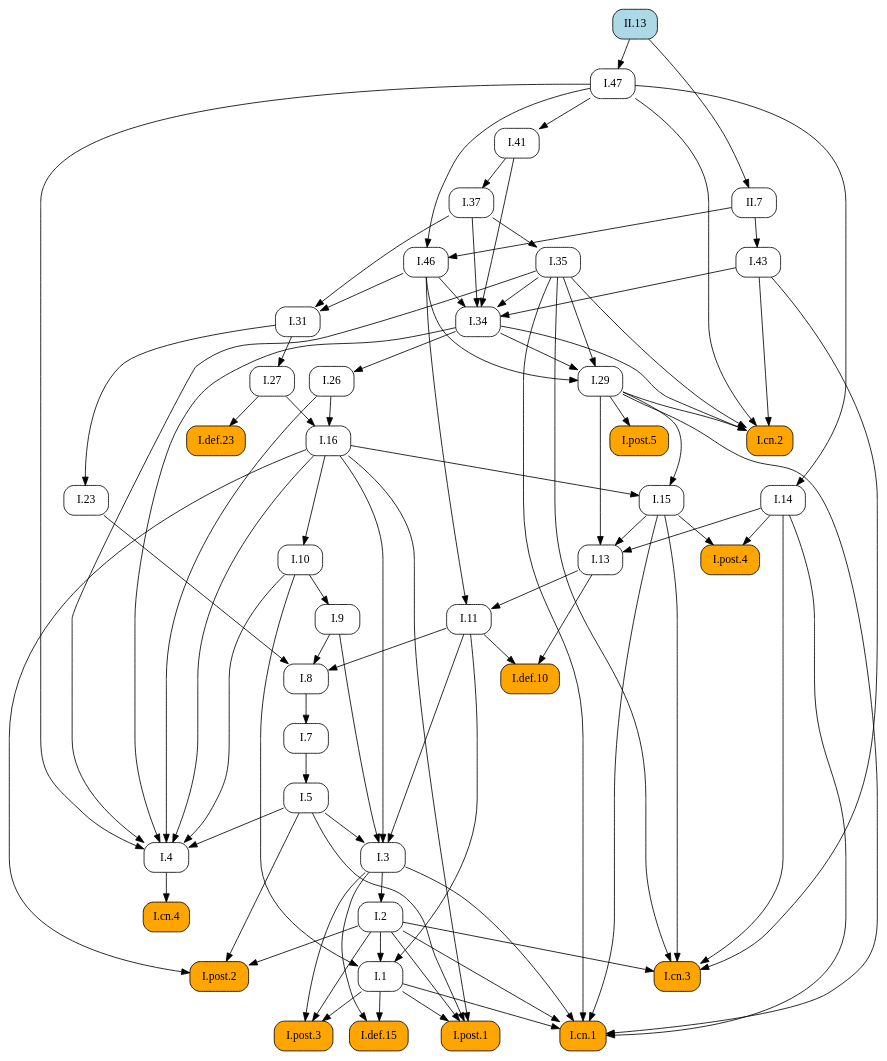
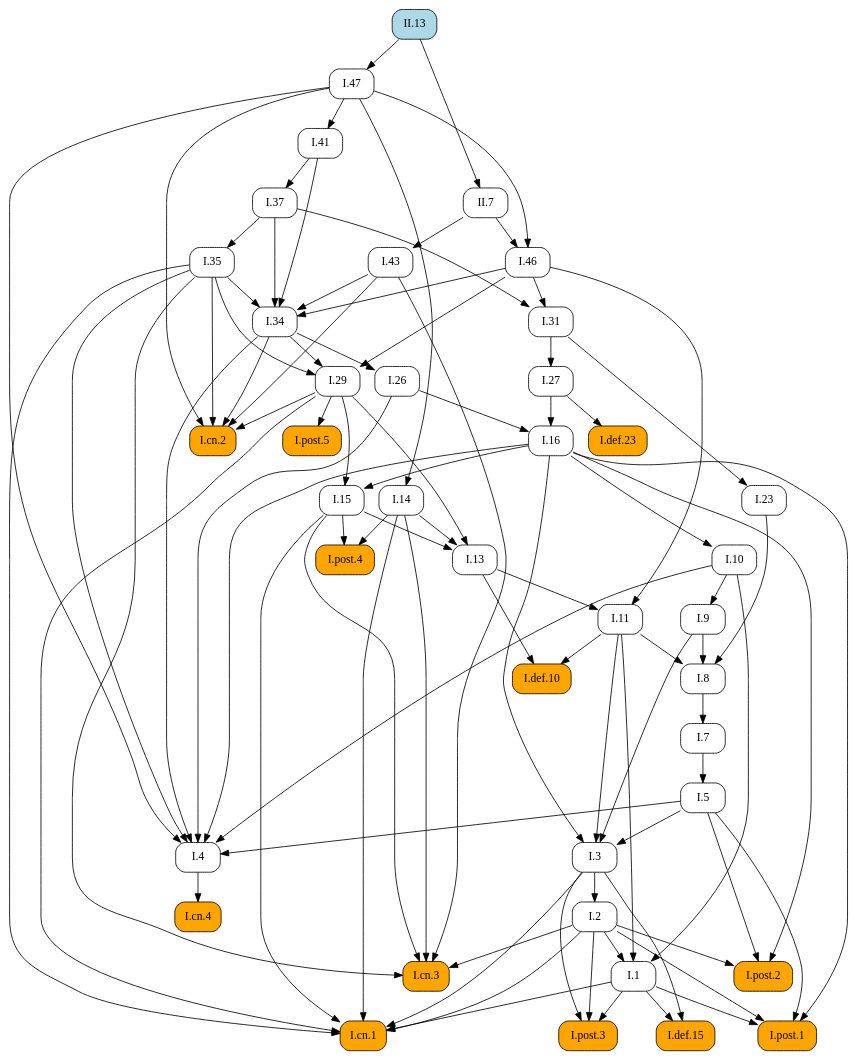
Before and after one commit to geometor/elements: the diagram in docsrc/elements2/II/13/index.rst, drawn with Graphviz. The commit also changed other lines of this file and 171 other files, not shown here.

```diff
--- a/docsrc/elements2/II/13/index.rst
+++ b/docsrc/elements2/II/13/index.rst
@@ -46,81 +46,116 @@
    digraph {
      rankdir="TB";
      node [shape=box, style=rounded];
-     "I.37" [URL="/elements2/I/37/", target="_top"];
-     "I.def.10" [style="rounded,filled", fillcolor=orange, URL="/elements2/I/def.10/", target="_top"];
+     "I.8" [URL="/elements2/I/8/", target="_top"];
      "I.46" [URL="/elements2/I/46/", target="_top"];
      "I.47" [URL="/elements2/I/47/", target="_top"];
-     "I.34" [URL="/elements2/I/34/", target="_top"];
+     "I.14" [URL="/elements2/I/14/", target="_top"];
+     "I.post.1" [style="rounded,filled", fillcolor=orange, URL="/elements2/I/post.1/", target="_top"];
+     "I.5" [URL="/elements2/I/5/", target="_top"];
+     "I.post.5" [style="rounded,filled", fillcolor=orange, URL="/elements2/I/post.5/", target="_top"];
+     "I.def.10" [style="rounded,filled", fillcolor=orange, URL="/elements2/I/def.10/", target="_top"];
+     "I.cn.2" [style="rounded,filled", fillcolor=orange, URL="/elements2/I/cn.2/", target="_top"];
+     "I.def.15" [style="rounded,filled", fillcolor=orange, URL="/elements2/I/def.15/", target="_top"];
+     "I.31" [URL="/elements2/I/31/", target="_top"];
+     "I.11" [URL="/elements2/I/11/", target="_top"];
+     "I.43" [URL="/elements2/I/43/", target="_top"];
+     "I.3" [URL="/elements2/I/3/", target="_top"];
+     "I.def.23" [style="rounded,filled", fillcolor=orange, URL="/elements2/I/def.23/", target="_top"];
+     "I.post.2" [style="rounded,filled", fillcolor=orange, URL="/elements2/I/post.2/", target="_top"];
+     "I.26" [URL="/elements2/I/26/", target="_top"];
+     "I.cn.3" [style="rounded,filled", fillcolor=orange, URL="/elements2/I/cn.3/", target="_top"];
      "I.cn.4" [style="rounded,filled", fillcolor=orange, URL="/elements2/I/cn.4/", target="_top"];
-     "I.def.15" [style="rounded,filled", fillcolor=orange, URL="/elements2/I/def.15/", target="_top"];
-     "I.post.3" [style="rounded,filled", fillcolor=orange, URL="/elements2/I/post.3/", target="_top"];
-     "I.41" [URL="/elements2/I/41/", target="_top"];
-     "I.27" [URL="/elements2/I/27/", target="_top"];
-     "I.post.2" [style="rounded,filled", fillcolor=orange, URL="/elements2/I/post.2/", target="_top"];
-     "I.13" [URL="/elements2/I/13/", target="_top"];
-     "I.10" [URL="/elements2/I/10/", target="_top"];
-     "I.post.1" [style="rounded,filled", fillcolor=orange, URL="/elements2/I/post.1/", target="_top"];
+     "I.1" [URL="/elements2/I/1/", target="_top"];
      "II.7" [URL="/elements2/II/7/", target="_top"];
      "I.7" [URL="/elements2/I/7/", target="_top"];
-     "I.14" [URL="/elements2/I/14/", target="_top"];
-     "I.11" [URL="/elements2/I/11/", target="_top"];
+     "I.9" [URL="/elements2/I/9/", target="_top"];
+     "II.13" [style="rounded,filled", fillcolor=lightblue, URL="/elements2/II/13/", target="_top"];
+     "I.cn.1" [style="rounded,filled", fillcolor=orange, URL="/elements2/I/cn.1/", target="_top"];
+     "I.29" [URL="/elements2/I/29/", target="_top"];
+     "I.post.4" [style="rounded,filled", fillcolor=orange, URL="/elements2/I/post.4/", target="_top"];
+     "I.16" [URL="/elements2/I/16/", target="_top"];
+     "I.13" [URL="/elements2/I/13/", target="_top"];
+     "I.41" [URL="/elements2/I/41/", target="_top"];
+     "I.35" [URL="/elements2/I/35/", target="_top"];
+     "I.2" [URL="/elements2/I/2/", target="_top"];
+     "I.37" [URL="/elements2/I/37/", target="_top"];
+     "I.27" [URL="/elements2/I/27/", target="_top"];
      "I.4" [URL="/elements2/I/4/", target="_top"];
-     "II.13" [style="rounded,filled", fillcolor=lightblue, URL="/elements2/II/13/", target="_top"];
-     "I.16" [URL="/elements2/I/16/", target="_top"];
-     "I.def.23" [style="rounded,filled", fillcolor=orange, URL="/elements2/I/def.23/", target="_top"];
-     "I.9" [URL="/elements2/I/9/", target="_top"];
-     "I.8" [URL="/elements2/I/8/", target="_top"];
-     "I.cn.2" [style="rounded,filled", fillcolor=orange, URL="/elements2/I/cn.2/", target="_top"];
+     "I.10" [URL="/elements2/I/10/", target="_top"];
      "I.15" [URL="/elements2/I/15/", target="_top"];
-     "I.26" [URL="/elements2/I/26/", target="_top"];
-     "I.post.5" [style="rounded,filled", fillcolor=orange, URL="/elements2/I/post.5/", target="_top"];
+     "I.34" [URL="/elements2/I/34/", target="_top"];
      "I.23" [URL="/elements2/I/23/", target="_top"];
-     "I.2" [URL="/elements2/I/2/", target="_top"];
-     "I.1" [URL="/elements2/I/1/", target="_top"];
-     "I.35" [URL="/elements2/I/35/", target="_top"];
-     "I.43" [URL="/elements2/I/43/", target="_top"];
-     "I.31" [URL="/elements2/I/31/", target="_top"];
-     "I.post.4" [style="rounded,filled", fillcolor=orange, URL="/elements2/I/post.4/", target="_top"];
-     "I.cn.1" [style="rounded,filled", fillcolor=orange, URL="/elements2/I/cn.1/", target="_top"];
-     "I.3" [URL="/elements2/I/3/", target="_top"];
-     "I.cn.3" [style="rounded,filled", fillcolor=orange, URL="/elements2/I/cn.3/", target="_top"];
-     "I.29" [URL="/elements2/I/29/", target="_top"];
-     "I.5" [URL="/elements2/I/5/", target="_top"];
-     "I.41" -> "I.37";
-     "I.11" -> "I.def.10";
-     "I.13" -> "I.def.10";
+     "I.post.3" [style="rounded,filled", fillcolor=orange, URL="/elements2/I/post.3/", target="_top"];
+     "I.9" -> "I.8";
+     "I.11" -> "I.8";
+     "I.23" -> "I.8";
      "I.47" -> "I.46";
      "II.7" -> "I.46";
      "II.13" -> "I.47";
-     "I.35" -> "I.34";
-     "I.37" -> "I.34";
-     "I.41" -> "I.34";
-     "I.43" -> "I.34";
-     "I.46" -> "I.34";
-     "I.4" -> "I.cn.4";
-     "I.1" -> "I.def.15";
-     "I.3" -> "I.def.15";
-     "I.1" -> "I.post.3";
-     "I.2" -> "I.post.3";
-     "I.3" -> "I.post.3";
-     "I.47" -> "I.41";
-     "I.31" -> "I.27";
-     "I.2" -> "I.post.2";
-     "I.5" -> "I.post.2";
-     "I.16" -> "I.post.2";
-     "I.14" -> "I.13";
-     "I.15" -> "I.13";
-     "I.29" -> "I.13";
-     "I.16" -> "I.10";
+     "I.47" -> "I.14";
      "I.1" -> "I.post.1";
      "I.2" -> "I.post.1";
      "I.5" -> "I.post.1";
      "I.16" -> "I.post.1";
+     "I.7" -> "I.5";
+     "I.29" -> "I.post.5";
+     "I.11" -> "I.def.10";
+     "I.13" -> "I.def.10";
+     "I.29" -> "I.cn.2";
+     "I.34" -> "I.cn.2";
+     "I.35" -> "I.cn.2";
+     "I.43" -> "I.cn.2";
+     "I.47" -> "I.cn.2";
+     "I.1" -> "I.def.15";
+     "I.3" -> "I.def.15";
+     "I.37" -> "I.31";
+     "I.46" -> "I.31";
+     "I.13" -> "I.11";
+     "I.46" -> "I.11";
+     "II.7" -> "I.43";
+     "I.5" -> "I.3";
+     "I.9" -> "I.3";
+     "I.11" -> "I.3";
+     "I.16" -> "I.3";
+     "I.27" -> "I.def.23";
+     "I.2" -> "I.post.2";
+     "I.5" -> "I.post.2";
+     "I.16" -> "I.post.2";
+     "I.34" -> "I.26";
+     "I.2" -> "I.cn.3";
+     "I.14" -> "I.cn.3";
+     "I.15" -> "I.cn.3";
+     "I.35" -> "I.cn.3";
+     "I.43" -> "I.cn.3";
+     "I.4" -> "I.cn.4";
+     "I.2" -> "I.1";
+     "I.10" -> "I.1";
+     "I.11" -> "I.1";
      "II.13" -> "II.7";
      "I.8" -> "I.7";
-     "I.47" -> "I.14";
-     "I.13" -> "I.11";
-     "I.46" -> "I.11";
+     "I.10" -> "I.9";
+     "I.1" -> "I.cn.1";
+     "I.2" -> "I.cn.1";
+     "I.3" -> "I.cn.1";
+     "I.14" -> "I.cn.1";
+     "I.15" -> "I.cn.1";
+     "I.29" -> "I.cn.1";
+     "I.35" -> "I.cn.1";
+     "I.34" -> "I.29";
+     "I.35" -> "I.29";
+     "I.46" -> "I.29";
+     "I.14" -> "I.post.4";
+     "I.15" -> "I.post.4";
+     "I.26" -> "I.16";
+     "I.27" -> "I.16";
+     "I.14" -> "I.13";
+     "I.15" -> "I.13";
+     "I.29" -> "I.13";
+     "I.47" -> "I.41";
+     "I.37" -> "I.35";
+     "I.3" -> "I.2";
+     "I.41" -> "I.37";
+     "I.31" -> "I.27";
      "I.5" -> "I.4";
      "I.10" -> "I.4";
      "I.16" -> "I.4";
@@ -128,51 +163,16 @@
      "I.34" -> "I.4";
      "I.35" -> "I.4";
      "I.47" -> "I.4";
-     "I.26" -> "I.16";
-     "I.27" -> "I.16";
-     "I.27" -> "I.def.23";
-     "I.10" -> "I.9";
-     "I.9" -> "I.8";
-     "I.11" -> "I.8";
-     "I.23" -> "I.8";
-     "I.29" -> "I.cn.2";
-     "I.34" -> "I.cn.2";
-     "I.35" -> "I.cn.2";
-     "I.43" -> "I.cn.2";
-     "I.47" -> "I.cn.2";
+     "I.16" -> "I.10";
      "I.16" -> "I.15";
      "I.29" -> "I.15";
-     "I.34" -> "I.26";
-     "I.29" -> "I.post.5";
+     "I.35" -> "I.34";
+     "I.37" -> "I.34";
+     "I.41" -> "I.34";
+     "I.43" -> "I.34";
+     "I.46" -> "I.34";
      "I.31" -> "I.23";
-     "I.3" -> "I.2";
-     "I.2" -> "I.1";
-     "I.10" -> "I.1";
-     "I.11" -> "I.1";
-     "I.37" -> "I.35";
-     "II.7" -> "I.43";
-     "I.37" -> "I.31";
-     "I.46" -> "I.31";
-     "I.14" -> "I.post.4";
-     "I.15" -> "I.post.4";
-     "I.1" -> "I.cn.1";
-     "I.2" -> "I.cn.1";
-     "I.3" -> "I.cn.1";
-     "I.14" -> "I.cn.1";
-     "I.15" -> "I.cn.1";
-     "I.29" -> "I.cn.1";
-     "I.35" -> "I.cn.1";
-     "I.5" -> "I.3";
-     "I.9" -> "I.3";
-     "I.11" -> "I.3";
-     "I.16" -> "I.3";
-     "I.2" -> "I.cn.3";
-     "I.14" -> "I.cn.3";
-     "I.15" -> "I.cn.3";
-     "I.35" -> "I.cn.3";
-     "I.43" -> "I.cn.3";
-     "I.34" -> "I.29";
-     "I.35" -> "I.29";
-     "I.46" -> "I.29";
-     "I.7" -> "I.5";
+     "I.1" -> "I.post.3";
+     "I.2" -> "I.post.3";
+     "I.3" -> "I.post.3";
    }
```
